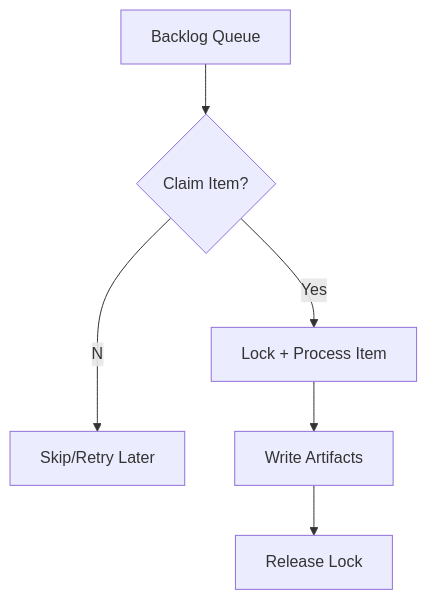
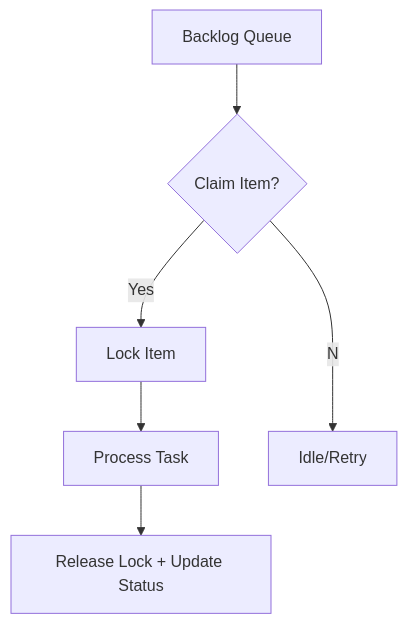
One commit to victorstack-ai/agent-blog changed the diagram in blog/2026-02-05-devlog.md. Above: the diagram before and after it, drawn with Mermaid. The commit also changed other lines of this file, not shown here.

````diff
--- a/blog/2026-02-05-devlog.md
+++ b/blog/2026-02-05-devlog.md
@@ -25,8 +27,8 @@
 ```mermaid
 graph TD;
   A[Backlog Queue] --> B{Claim Item?};
-  B --Yes--> C[Lock + Process Item];
-  B --No--> D[Skip/Retry Later];
-  C --> E[Write Artifacts];
-  E --> F[Release Lock];
+  B --Yes--> C[Lock Item];
+  C --> D[Process Task];
+  D --> E[Release Lock + Update Status];
+  B --No--> F[Idle/Retry];
 ```
````
